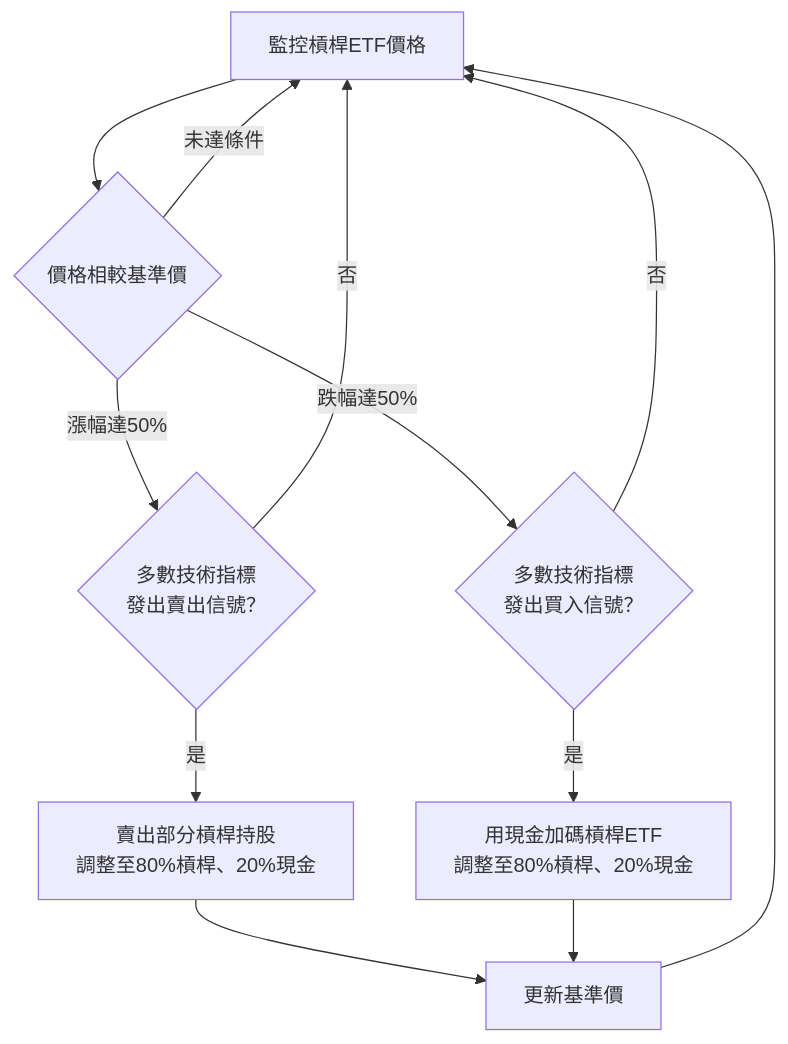
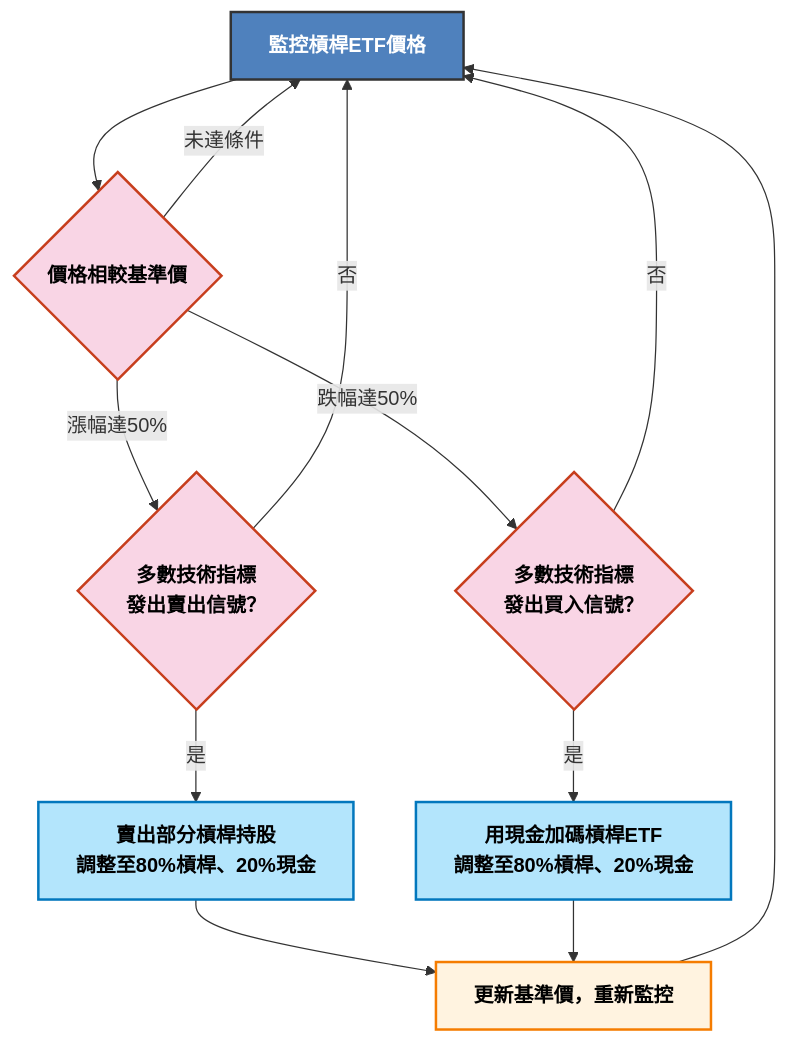
The second of 4 diagrams in Stock/Fundamental Analysis/_posts/2025-09-11-Financial-Report-Leverage.md (joysrr/joysrr.github.io), drawn with Mermaid before and after one commit. The commit also changed other lines of this file, not shown here.

````diff
--- a/Stock/Fundamental Analysis/_posts/2025-09-11-Financial-Report-Leverage.md
+++ b/Stock/Fundamental Analysis/_posts/2025-09-11-Financial-Report-Leverage.md
@@ -76,14 +82,24 @@
 ```mermaid
 flowchart TD
-    A[監控槓桿ETF價格] --> B{價格相較基準價}
-    B -->|漲幅達50%| C{多數技術指標<br>發出賣出信號？}
-    B -->|跌幅達50%| D{多數技術指標<br>發出買入信號？}
+    classDef startend fill:#4f81bd,stroke:#333,stroke-width:2px,color:#fff,font-weight:bold;
+    classDef decision fill:#f9d5e5,stroke:#c73e1d,stroke-width:2px,color:#000,font-weight:bold;
+    classDef action fill:#b3e5fc,stroke:#0277bd,stroke-width:2px,color:#000,font-weight:bold;
+    classDef update fill:#fff3e0,stroke:#f57c00,stroke-width:2px,color:#000,font-weight:bold;
+
+    A[監控槓桿ETF價格]:::startend --> B{價格相較基準價}:::decision
+    
+    B -->|漲幅達50%| C{多數技術指標<br>發出賣出信號？}:::decision
+    B -->|跌幅達50%| D{多數技術指標<br>發出買入信號？}:::decision
     B -->|未達條件| A
-    C -->|是| E[賣出部分槓桿持股<br>調整至80%槓桿、20%現金]
+
+    C -->|是| E[賣出部分槓桿持股<br>調整至80%槓桿、20%現金]:::action
     C -->|否| A
-    D -->|是| F[用現金加碼槓桿ETF<br>調整至80%槓桿、20%現金]
+
+    D -->|是| F[用現金加碼槓桿ETF<br>調整至80%槓桿、20%現金]:::action
     D -->|否| A
-    E --> G[更新基準價]
+
+    E --> G[更新基準價，重新監控]:::update
     F --> G
+
     G --> A
 ``` 
````
